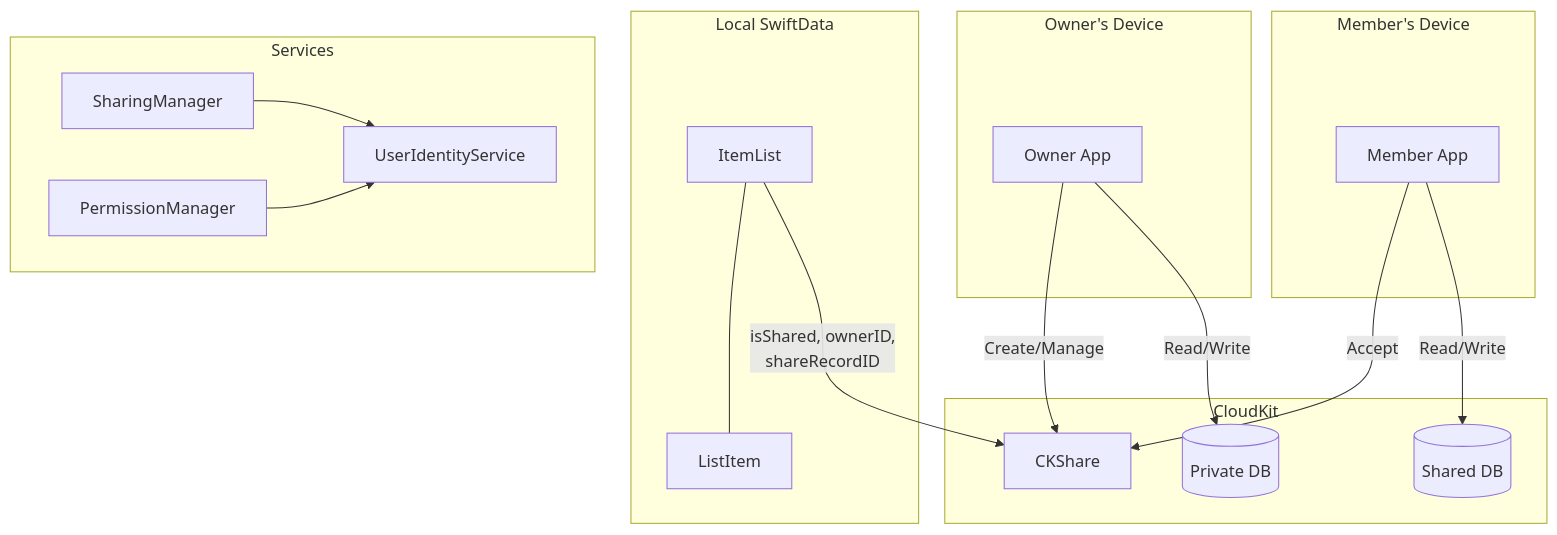
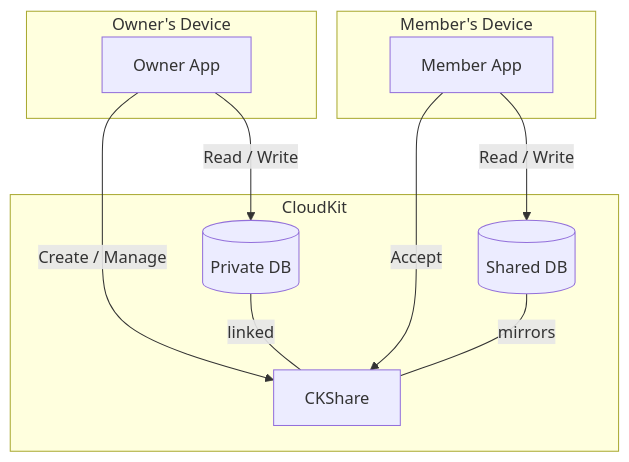
One commit to protos17/FamilyBudget changed the fourth of 8 diagrams in README.md. Above: the diagram before and after it, drawn with Mermaid. The commit also changed other lines of this file and 12 other files, not shown here.

````diff
--- a/README.md
+++ b/README.md
@@ -99,35 +164,22 @@
 ```mermaid
 graph TD
     subgraph CloudKit
         PDB[(Private DB)]
         SDB[(Shared DB)]
         CKS[CKShare]
+        PDB ---|linked| CKS
+        SDB ---|mirrors| CKS
     end
 
     subgraph "Owner's Device"
         OA[Owner App]
-        OA -->|Create/Manage| CKS
-        OA -->|Read/Write| PDB
+        OA -->|Create / Manage| CKS
+        OA -->|Read / Write| PDB
     end
 
     subgraph "Member's Device"
         MA[Member App]
         MA -->|Accept| CKS
-        MA -->|Read/Write| SDB
-    end
-
-    subgraph "Local SwiftData"
-        IL[ItemList]
-        LI[ListItem]
-        IL --- LI
-        IL -->|isShared, ownerID,<br/>shareRecordID| CKS
-    end
-
-    subgraph Services
-        SM[SharingManager]
-        UIS[UserIdentityService]
-        PM[PermissionManager]
-        SM --> UIS
-        PM --> UIS
+        MA -->|Read / Write| SDB
     end
 ```
````
